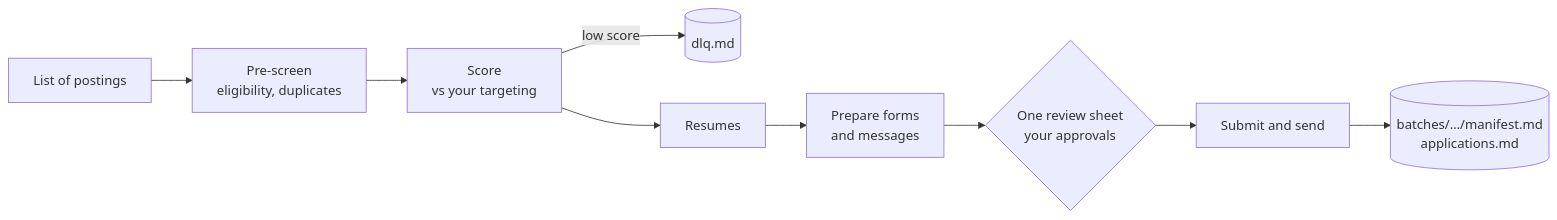
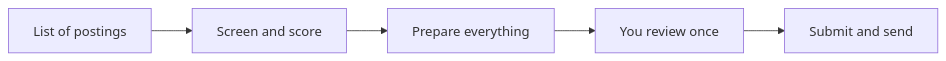
The second of 3 diagrams in README.md (alymo8/jobapps), drawn with Mermaid before and after one commit. The commit also changed other lines of this file, not shown here.

Commit message:
README: simplify the diagrams to five high-level steps each (#27)

````diff
--- a/README.md
+++ b/README.md
@@ -54,7 +19,4 @@
 ```mermaid
 flowchart LR
-    L["List of postings"] --> P["Pre-screen<br/>eligibility, duplicates"] --> S["Score<br/>vs your targeting"]
-    S -->|low score| D[("dlq.md")]
-    S --> R["Resumes"] --> PR["Prepare forms<br/>and messages"] --> RV{"One review sheet<br/>your approvals"} --> X["Submit and send"]
-    X --> M[("batches/…/manifest.md<br/>applications.md")]
+    A["List of postings"] --> B["Screen and score"] --> C["Prepare everything"] --> D["You review once"] --> E["Submit and send"]
 ```
````
